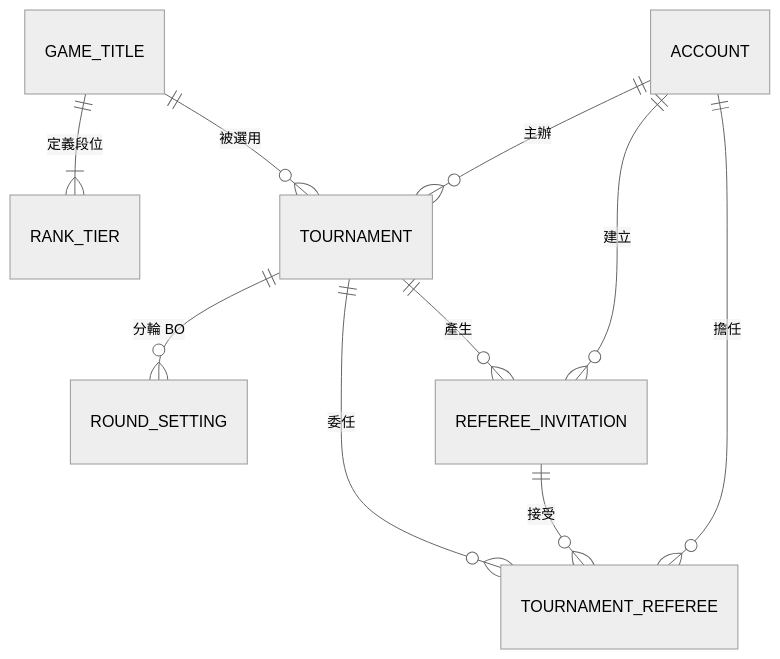
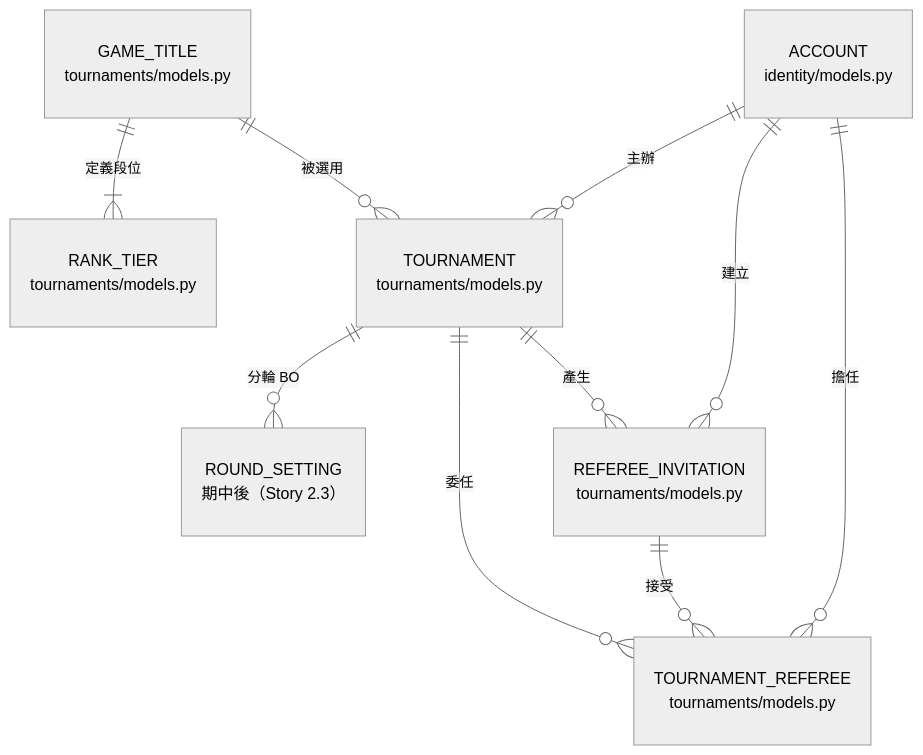
One commit to Team14good/esport-platform changed the fifth of 19 diagrams in docs/midterm/B-軟體需求分析文件.md. Above: the diagram before and after it, drawn with Mermaid (neutral theme). The commit also changed other lines of this file and 27 other files, not shown here.

First line of the commit message:
docs: B、C、D 其餘的圖全部對照程式標註 (#92)

````diff
--- a/docs/midterm/B-軟體需求分析文件.md
+++ b/docs/midterm/B-軟體需求分析文件.md
@@ -707,12 +719,19 @@
 ```mermaid
 erDiagram
+  GAME_TITLE["GAME_TITLE<br/>tournaments/models.py"]
+  RANK_TIER["RANK_TIER<br/>tournaments/models.py"]
+  TOURNAMENT["TOURNAMENT<br/>tournaments/models.py"]
+  ACCOUNT["ACCOUNT<br/>identity/models.py"]
+  ROUND_SETTING["ROUND_SETTING<br/>期中後（Story 2.3）"]
+  REFEREE_INVITATION["REFEREE_INVITATION<br/>tournaments/models.py"]
+  TOURNAMENT_REFEREE["TOURNAMENT_REFEREE<br/>tournaments/models.py"]
   GAME_TITLE ||--|{ RANK_TIER : "定義段位"
   GAME_TITLE ||--o{ TOURNAMENT : "被選用"
   ACCOUNT ||--o{ TOURNAMENT : "主辦"
   TOURNAMENT ||--o{ ROUND_SETTING : "分輪 BO"
   TOURNAMENT ||--o{ REFEREE_INVITATION : "產生"
   ACCOUNT ||--o{ REFEREE_INVITATION : "建立"
   TOURNAMENT ||--o{ TOURNAMENT_REFEREE : "委任"
   REFEREE_INVITATION ||--o{ TOURNAMENT_REFEREE : "接受"
   ACCOUNT ||--o{ TOURNAMENT_REFEREE : "擔任"
 ```
````
